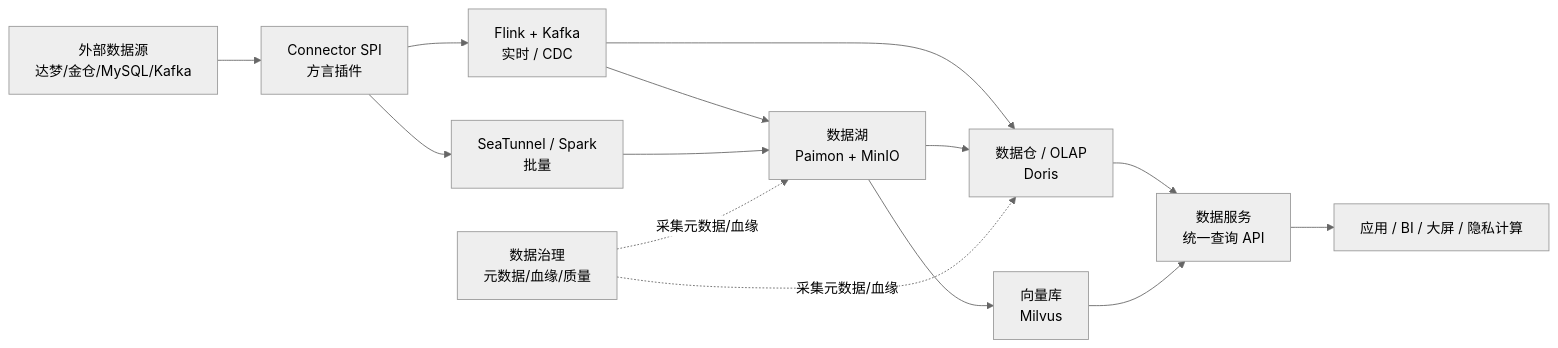
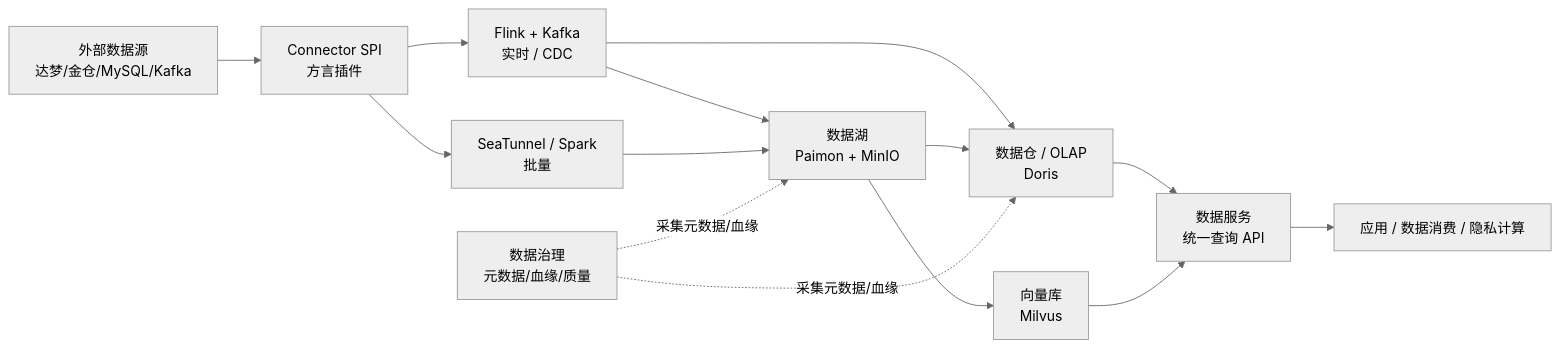
Before and after one commit to HashMatrixData/hashmatrix: the second of 2 diagrams in docs/architecture/01-架构总览.md, drawn with Mermaid (neutral theme). The commit also changed other lines of this file and 26 other files, not shown here.

````diff
--- a/docs/architecture/01-架构总览.md
+++ b/docs/architecture/01-架构总览.md
@@ -134,27 +131,27 @@
 ```mermaid
 flowchart LR
     SRC["外部数据源<br/>达梦/金仓/MySQL/Kafka"]
     CON["Connector SPI<br/>方言插件"]
     RT["Flink + Kafka<br/>实时 / CDC"]
     BT["SeaTunnel / Spark<br/>批量"]
     LAKE["数据湖<br/>Paimon + MinIO"]
     DW["数据仓 / OLAP<br/>Doris"]
     VEC["向量库<br/>Milvus"]
     GOV["数据治理<br/>元数据/血缘/质量"]
     SVC["数据服务<br/>统一查询 API"]
-    APP["应用 / BI / 大屏 / 隐私计算"]
+    APP["应用 / 数据消费 / 隐私计算"]
 
     SRC --> CON
     CON --> RT
     CON --> BT
     RT --> LAKE
     RT --> DW
     BT --> LAKE
     LAKE --> DW
     LAKE --> VEC
     DW --> SVC
     VEC --> SVC
     GOV -. "采集元数据/血缘" .-> LAKE
     GOV -. "采集元数据/血缘" .-> DW
     SVC --> APP
 ```
````
